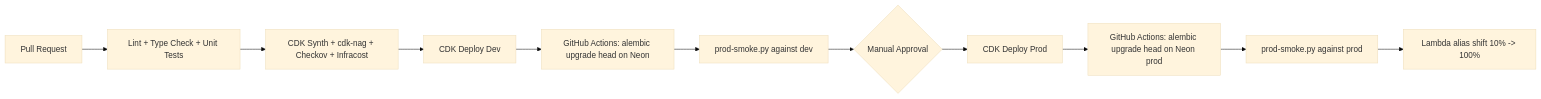
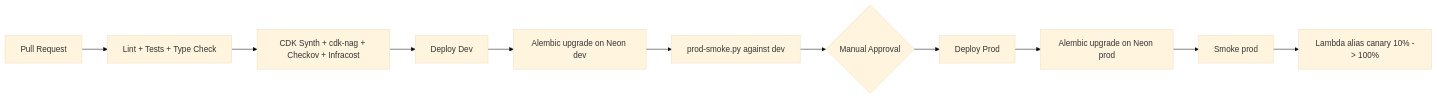
Before and after one commit to akhiljoe/razorpay-payment-integration: the first of 2 diagrams in designs/MIGRATION_ARCHITECTURE.md, drawn with Mermaid (base theme). The commit also changed other lines of this file and 3 other files, not shown here.

````diff
--- a/designs/MIGRATION_ARCHITECTURE.md
+++ b/designs/MIGRATION_ARCHITECTURE.md
@@ -768,13 +683,13 @@
 ```mermaid
 flowchart LR
-    PR[Pull Request] --> LINT[Lint + Type Check + Unit Tests]
+    PR[Pull Request] --> LINT[Lint + Tests + Type Check]
     LINT --> SYNTH[CDK Synth + cdk-nag + Checkov + Infracost]
-    SYNTH --> DEPLOY_STG[CDK Deploy Dev]
-    DEPLOY_STG --> MIGRATE_STG[GitHub Actions: alembic upgrade head on Neon]
-    MIGRATE_STG --> SMOKE_STG[prod-smoke.py against dev]
-    SMOKE_STG --> APPROVE{Manual Approval}
-    APPROVE --> DEPLOY_PROD[CDK Deploy Prod]
-    DEPLOY_PROD --> MIGRATE_PROD[GitHub Actions: alembic upgrade head on Neon prod]
-    MIGRATE_PROD --> SMOKE_PROD[prod-smoke.py against prod]
-    SMOKE_PROD --> CANARY[Lambda alias shift 10% -> 100%]
+    SYNTH --> DEPLOY_DEV[Deploy Dev]
+    DEPLOY_DEV --> MIGRATE_DEV[Alembic upgrade on Neon dev]
+    MIGRATE_DEV --> SMOKE_DEV[prod-smoke.py against dev]
+    SMOKE_DEV --> APPROVE{Manual Approval}
+    APPROVE --> DEPLOY_PROD[Deploy Prod]
+    DEPLOY_PROD --> MIGRATE_PROD[Alembic upgrade on Neon prod]
+    MIGRATE_PROD --> SMOKE_PROD[Smoke prod]
+    SMOKE_PROD --> CANARY[Lambda alias canary 10% -> 100%]
 ```
````
